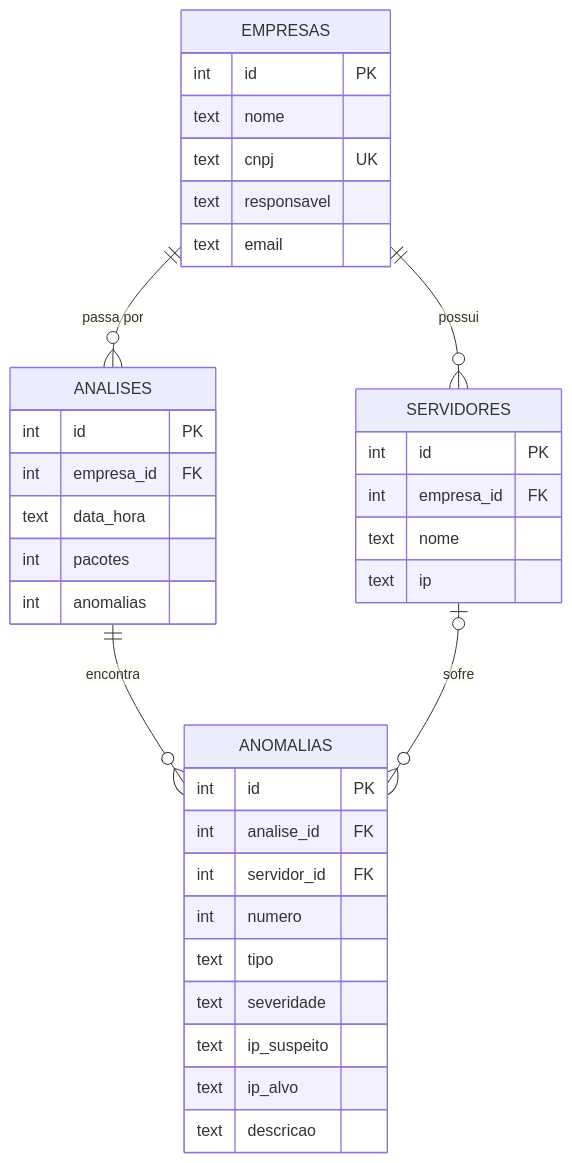
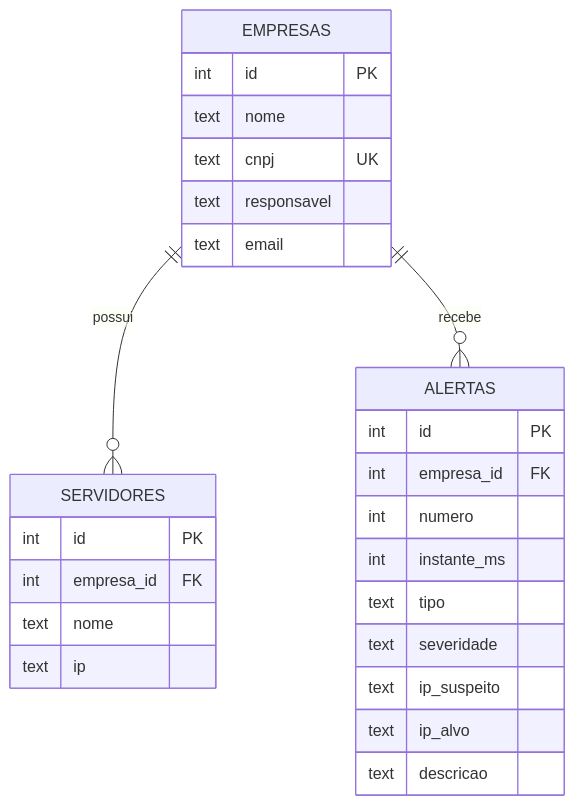
The second of 2 diagrams in README.md (Luigi-Pradoo/Projeto-de-C06-Programa-o-Orientada-Objeto-), drawn with Mermaid before and after one commit. The commit also changed other lines of this file and 33 other files, not shown here.

````diff
--- a/README.md
+++ b/README.md
@@ -274,38 +267,29 @@
 ```mermaid
 erDiagram
     EMPRESAS ||--o{ SERVIDORES : "possui"
-    EMPRESAS ||--o{ ANALISES : "passa por"
-    ANALISES ||--o{ ANOMALIAS : "encontra"
-    SERVIDORES |o--o{ ANOMALIAS : "sofre"
+    EMPRESAS ||--o{ ALERTAS : "recebe"
     EMPRESAS {
         int id PK
         text nome
         text cnpj UK
         text responsavel
         text email
     }
     SERVIDORES {
         int id PK
         int empresa_id FK
         text nome
         text ip
     }
-    ANALISES {
+    ALERTAS {
         int id PK
         int empresa_id FK
-        text data_hora
-        int pacotes
-        int anomalias
-    }
-    ANOMALIAS {
-        int id PK
-        int analise_id FK
-        int servidor_id FK
         int numero
+        int instante_ms
         text tipo
         text severidade
         text ip_suspeito
         text ip_alvo
         text descricao
     }
 ```
````
